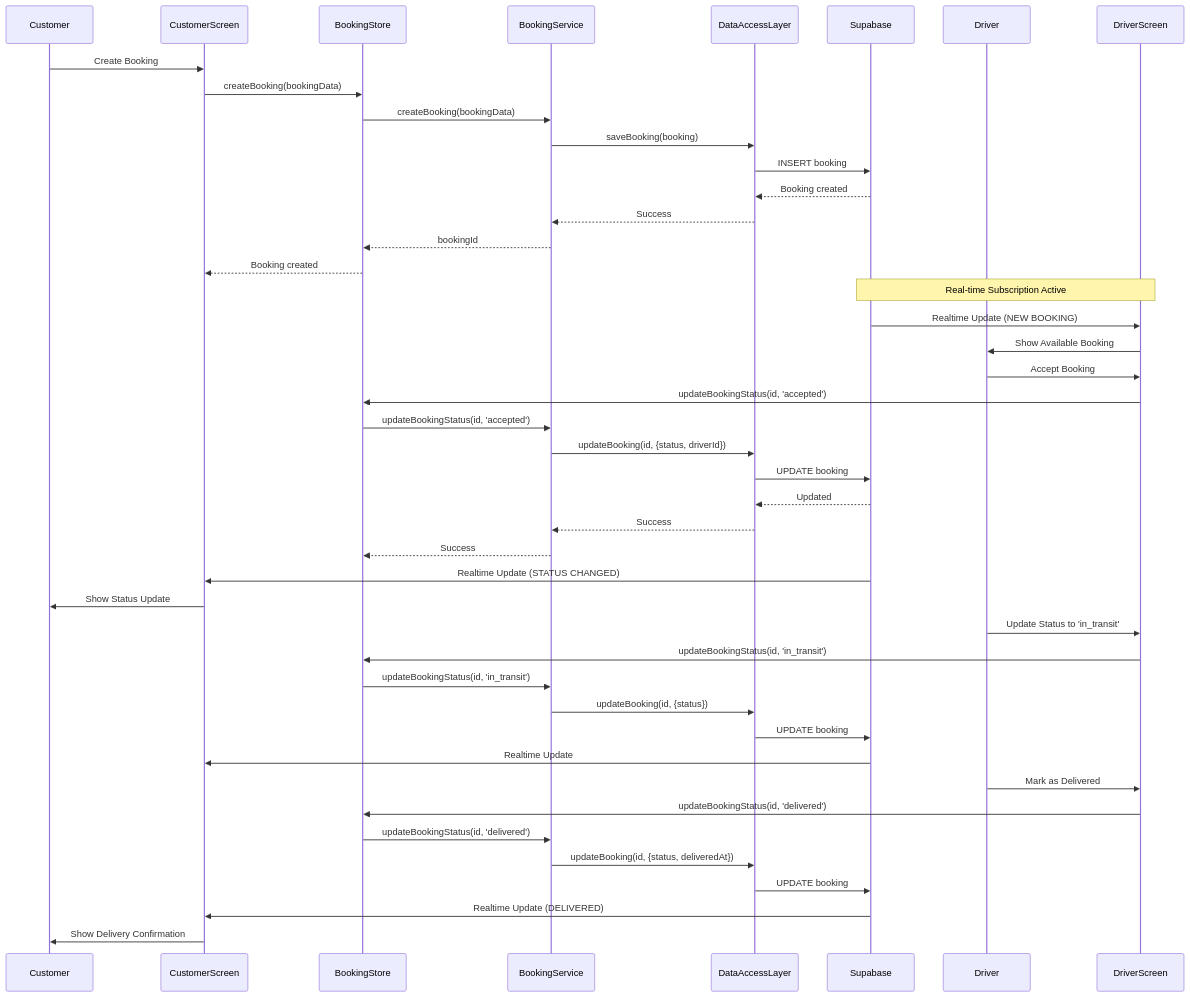
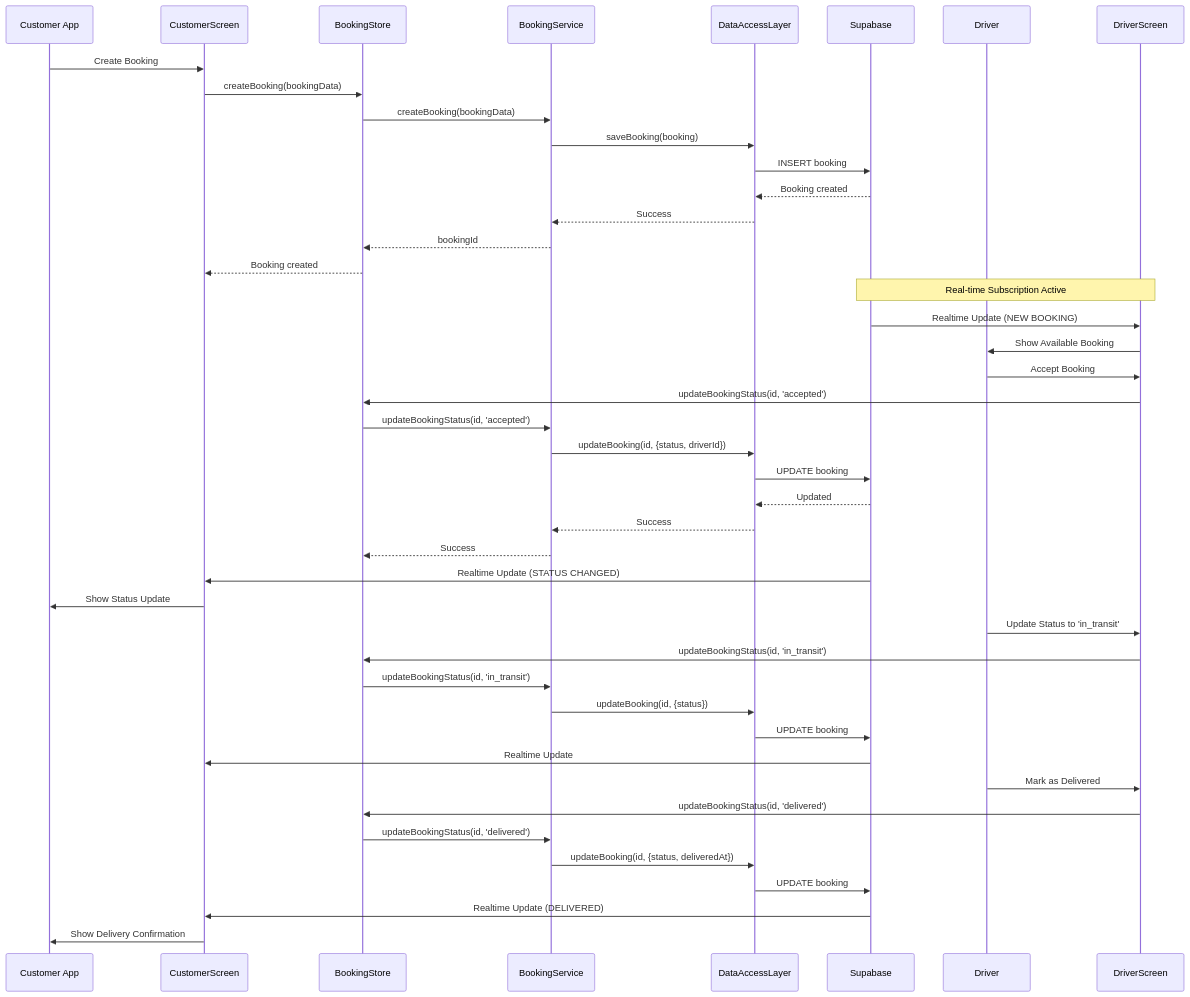
Before and after one commit to ShubhamRRana/WaterTankerAppv1: the third of 5 diagrams in README.md, drawn with Mermaid. The commit also changed other lines of this file and 1 other file, not shown here.

````diff
--- a/README.md
+++ b/README.md
@@ -308,52 +318,52 @@
 ```mermaid
 sequenceDiagram
-    participant C as Customer
+    participant C as Customer App
     participant CS as CustomerScreen
     participant BS as BookingStore
     participant BKS as BookingService
     participant DAL as DataAccessLayer
     participant DB as Supabase
     participant D as Driver
     participant DS as DriverScreen
     
     C->>CS: Create Booking
     CS->>BS: createBooking(bookingData)
     BS->>BKS: createBooking(bookingData)
     BKS->>DAL: saveBooking(booking)
     DAL->>DB: INSERT booking
     DB-->>DAL: Booking created
     DAL-->>BKS: Success
     BKS-->>BS: bookingId
     BS-->>CS: Booking created
     
     Note over DB,DS: Real-time Subscription Active
     
     DB->>DS: Realtime Update (NEW BOOKING)
     DS->>D: Show Available Booking
     D->>DS: Accept Booking
     DS->>BS: updateBookingStatus(id, 'accepted')
     BS->>BKS: updateBookingStatus(id, 'accepted')
     BKS->>DAL: updateBooking(id, {status, driverId})
     DAL->>DB: UPDATE booking
     DB-->>DAL: Updated
     DAL-->>BKS: Success
     BKS-->>BS: Success
     
     DB->>CS: Realtime Update (STATUS CHANGED)
     CS->>C: Show Status Update
     
     D->>DS: Update Status to 'in_transit'
     DS->>BS: updateBookingStatus(id, 'in_transit')
     BS->>BKS: updateBookingStatus(id, 'in_transit')
     BKS->>DAL: updateBooking(id, {status})
     DAL->>DB: UPDATE booking
     DB->>CS: Realtime Update
     
     D->>DS: Mark as Delivered
     DS->>BS: updateBookingStatus(id, 'delivered')
     BS->>BKS: updateBookingStatus(id, 'delivered')
     BKS->>DAL: updateBooking(id, {status, deliveredAt})
     DAL->>DB: UPDATE booking
     DB->>CS: Realtime Update (DELIVERED)
     CS->>C: Show Delivery Confirmation
 ```
````
